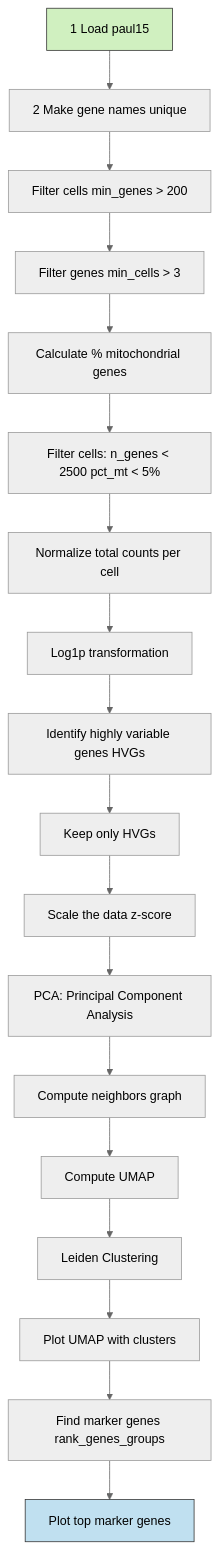
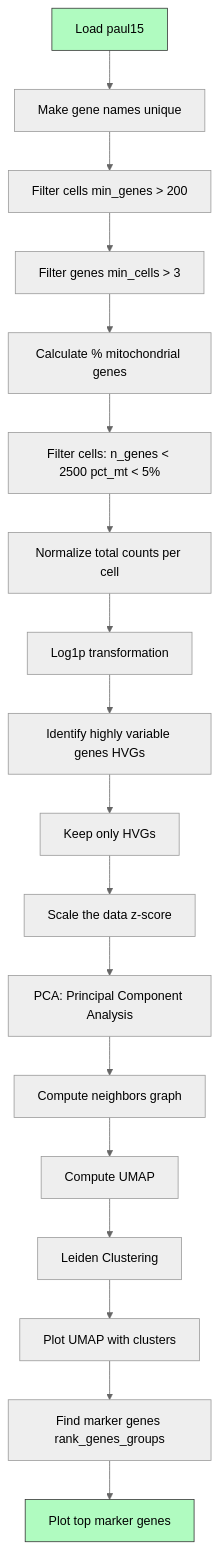
One commit to sergiolitwiniuk85/singleCell changed the diagram in pipe.md. Above: the diagram before and after it, drawn with Mermaid (neutral theme).

````diff
--- a/pipe.md
+++ b/pipe.md
@@ -1,23 +1,23 @@
 ```mermaid
 flowchart TB
-    A[1 Load paul15] --> B[2 Make gene names unique]
+    A[Load paul15] --> B[Make gene names unique]
     B --> C[Filter cells min_genes > 200]
     C --> D[Filter genes min_cells > 3]
     D --> E[Calculate % mitochondrial genes]
     E --> F[Filter cells: n_genes < 2500 pct_mt < 5%]
     F --> G[Normalize total counts per cell]
     G --> H[Log1p transformation]
     H --> I[Identify highly variable genes HVGs]
     I --> J[Keep only HVGs]
     J --> K[Scale the data z-score]
     K --> L[PCA: Principal Component Analysis]
     L --> M[Compute neighbors graph]
     M --> N[Compute UMAP]
     N --> O[Leiden Clustering]
     O --> P[Plot UMAP with clusters]
     P --> Q[Find marker genes rank_genes_groups]
     Q --> R[Plot top marker genes]
 
-    style A fill:#d0f0c0,stroke:#333
-    style R fill:#c0e0f0,stroke:#333
+    style A fill:#b0fbc0,stroke:#333
+    style R fill:#b0fbc0,stroke:#333
 ```
````
